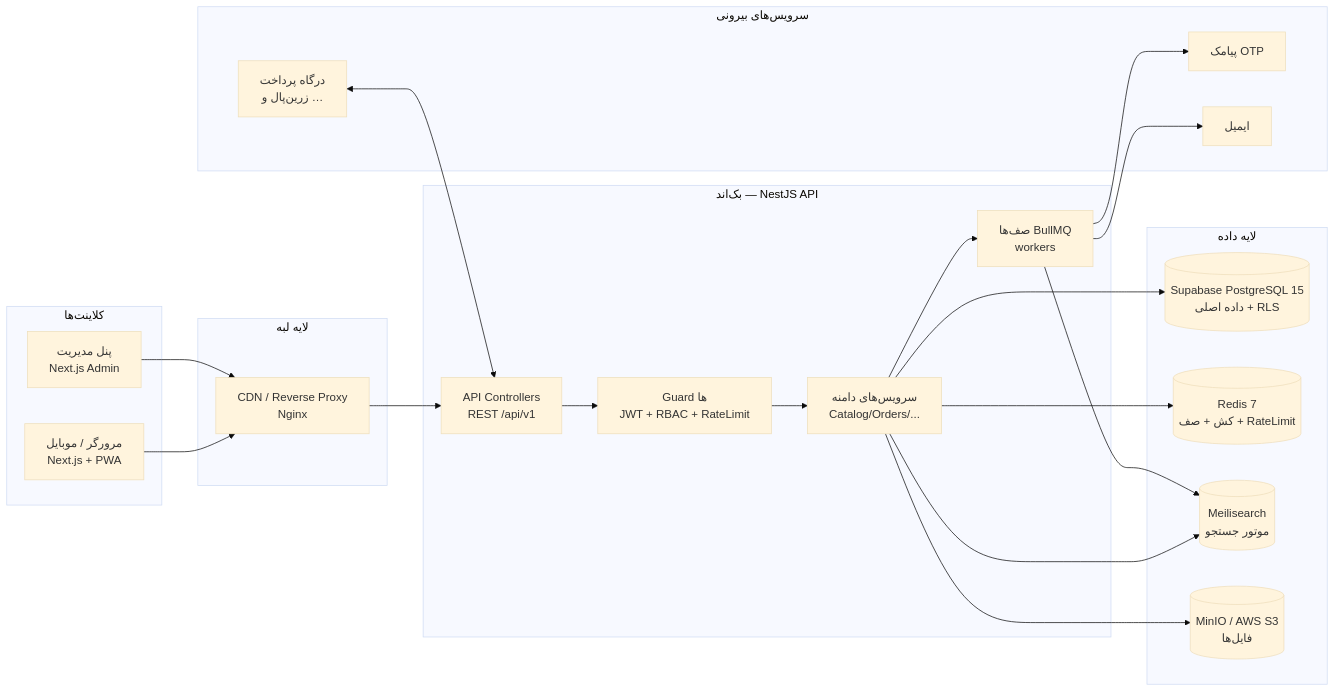
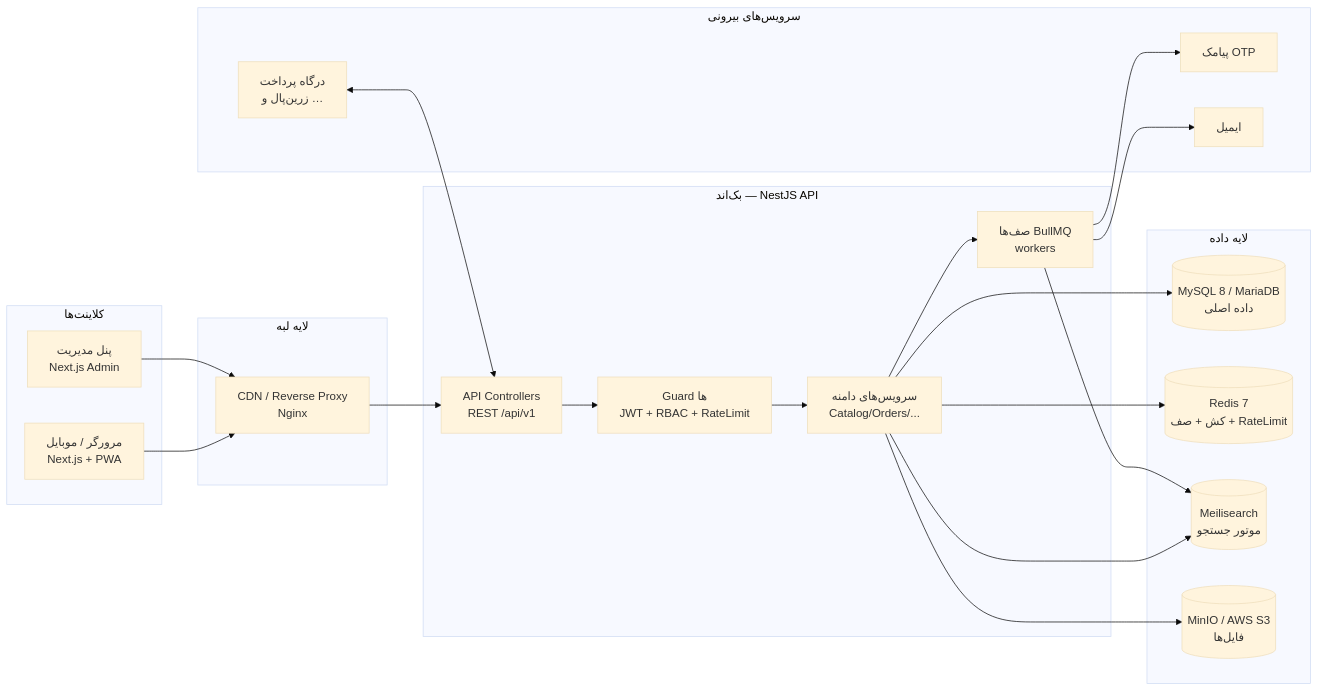
Before and after one commit to vahidaskari1365/karzintell: the diagram in docs/01-architecture.md, drawn with Mermaid (base theme). The commit also changed other lines of this file and 32 other files, not shown here.

First line of the commit message:
feat(db): add TypeORM migrations for MySQL/MariaDB production

````diff
--- a/docs/01-architecture.md
+++ b/docs/01-architecture.md
@@ -10,44 +10,44 @@
 ```mermaid
 flowchart LR
     subgraph Clients["کلاینت‌ها"]
         B[مرورگر / موبایل<br/>Next.js + PWA]
         AD[پنل مدیریت<br/>Next.js Admin]
     end
 
     subgraph Edge["لایه لبه"]
         CDN[CDN / Reverse Proxy<br/>Nginx]
     end
 
     subgraph Backend["بک‌اند — NestJS API"]
         AC[API Controllers<br/>REST /api/v1]
         GUARDS[Guard ها<br/>JWT + RBAC + RateLimit]
         SVC[سرویس‌های دامنه<br/>Catalog/Orders/...]
         Q[صف‌ها BullMQ<br/>workers]
     end
 
     subgraph Data["لایه داده"]
-        DB[(Supabase PostgreSQL 15<br/>داده اصلی + RLS)]
+        DB[(MySQL 8 / MariaDB<br/>داده اصلی)]
         RD[(Redis 7<br/>کش + صف + RateLimit)]
         MS[(Meilisearch<br/>موتور جستجو)]
         S3[(MinIO / AWS S3<br/>فایل‌ها)]
     end
 
     subgraph Ext["سرویس‌های بیرونی"]
         PAY[درگاه پرداخت<br/>زرین‌پال و …]
         SMS[پیامک OTP]
         MAIL[ایمیل]
     end
 
     B --> CDN --> AC
     AD --> CDN
     AC --> GUARDS --> SVC
     SVC --> DB
     SVC --> RD
     SVC --> MS
     SVC --> S3
     SVC --> Q
     Q --> SMS
     Q --> MAIL
     Q --> MS
     PAY <--> AC
 ```
````
